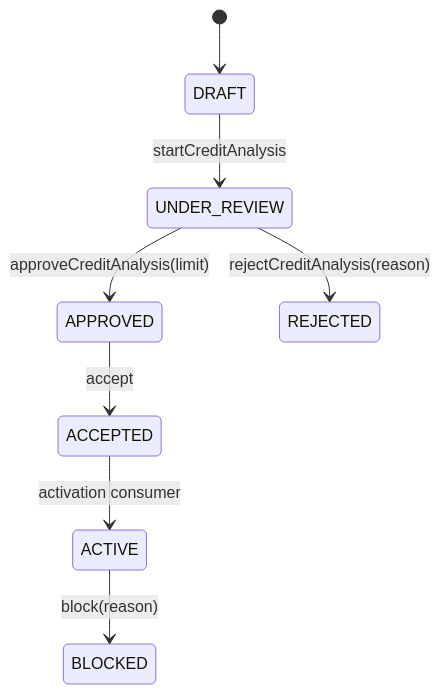
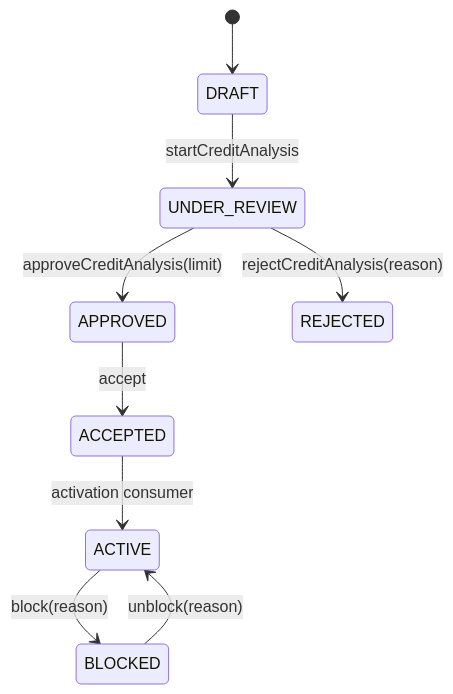
One commit to tmcly/credit-contract-manager changed the second of 8 diagrams in docs/architecture/overview.md. Above: the diagram before and after it, drawn with Mermaid. The commit also changed other lines of this file and 18 other files, not shown here.

Commit message:
feat: unblock blocked credit contracts

````diff
--- a/docs/architecture/overview.md
+++ b/docs/architecture/overview.md
@@ -86,10 +86,11 @@
 ```mermaid
 stateDiagram-v2
     [*] --> DRAFT
     DRAFT --> UNDER_REVIEW: startCreditAnalysis
     UNDER_REVIEW --> APPROVED: approveCreditAnalysis(limit)
     UNDER_REVIEW --> REJECTED: rejectCreditAnalysis(reason)
     APPROVED --> ACCEPTED: accept
     ACCEPTED --> ACTIVE: activation consumer
     ACTIVE --> BLOCKED: block(reason)
+    BLOCKED --> ACTIVE: unblock(reason)
 ```
````
